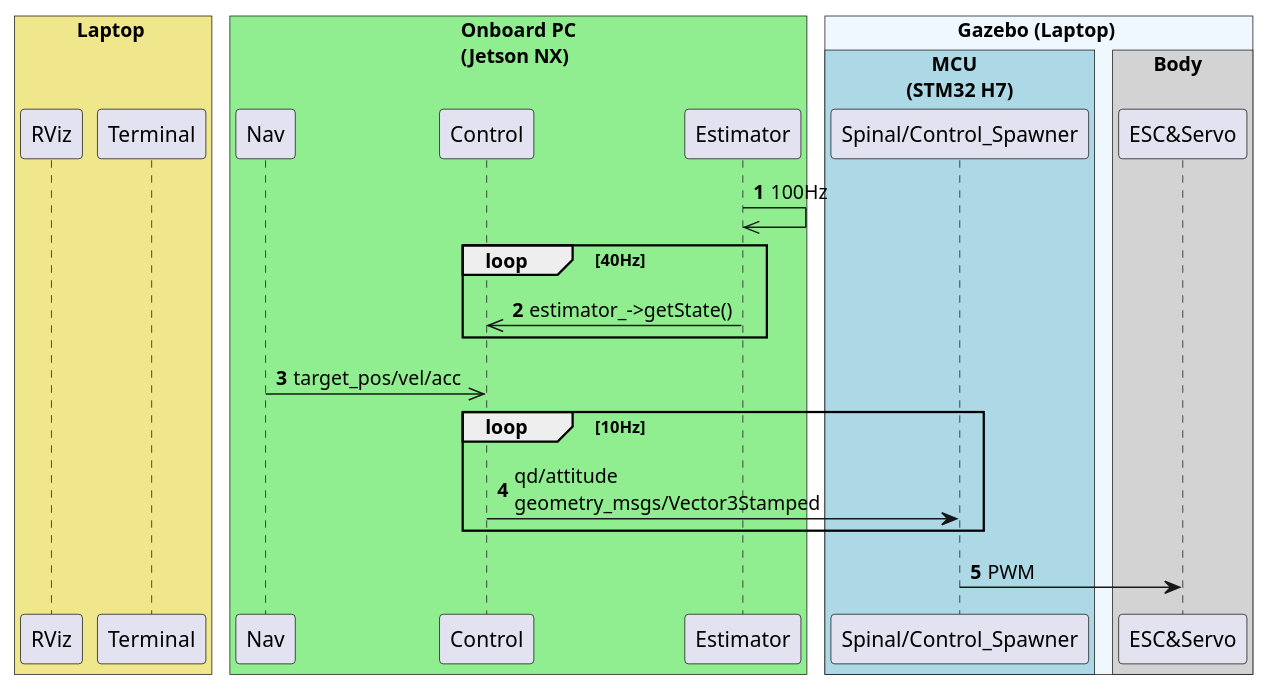
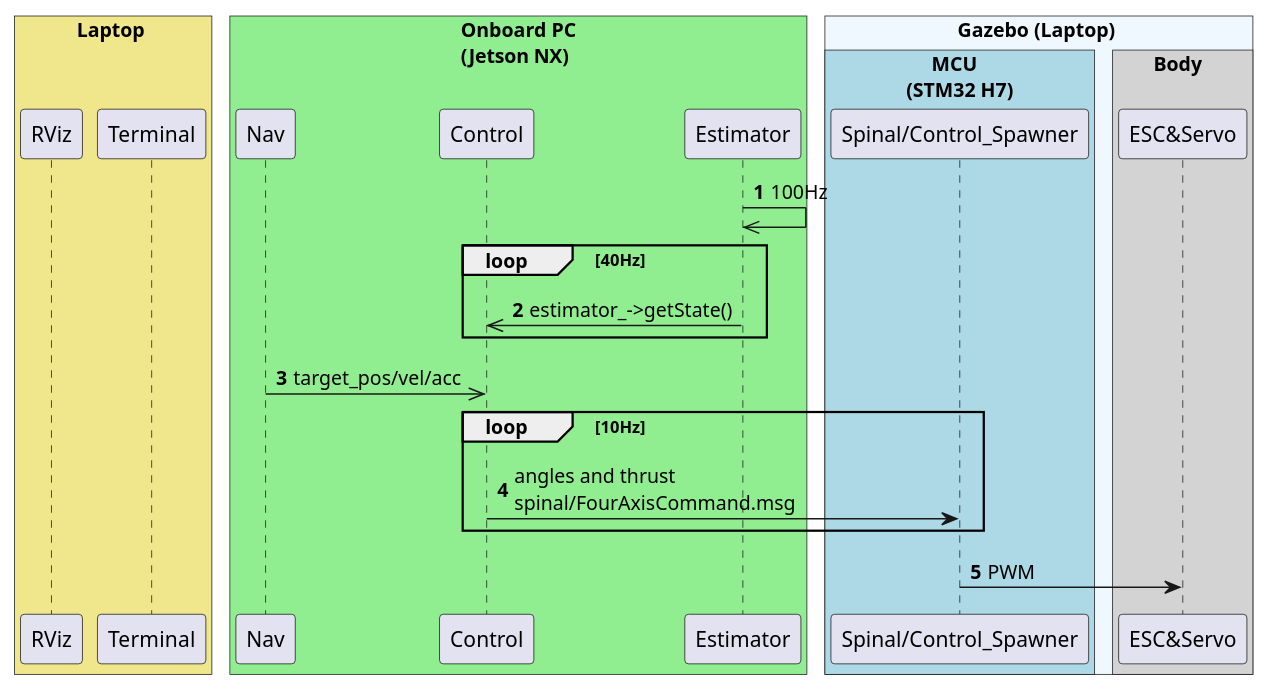
The diagram in docs/UMLs/workflow.puml (jsk-ros-pkg/jsk_aerial_robot), drawn with PlantUML before and after one commit. The commit also changed 1 other file, not shown here.

```diff
--- a/docs/UMLs/workflow.puml
+++ b/docs/UMLs/workflow.puml
@@ -1,48 +1,48 @@
 @startuml
 'https://plantuml.com/sequence-diagram
 
 ' Legend
 ' ->> means inner communication via variables
 '-> means outer communication via ROS topics
 
 'for nested boxes
 !pragma teoz true
 
 autonumber
 
 box Laptop #Khaki
 participant RViz
 participant Terminal
 end box
 
 box "Onboard PC\n(Jetson NX)" #LightGreen
 participant "Nav" as Nav
 participant "Control" as Ctl
 participant "Estimator" as Est
 end box
 
 box Gazebo (Laptop) #Aliceblue
 
     box "     MCU\n(STM32 H7)" #LightBlue
     participant "Spinal/Control_Spawner" as Spinal
     end box
 
     box Body  #LightGray
     participant "ESC&Servo" as ESC
     end box
 
 end box
 
 Est ->> Est: 100Hz
 
 loop 40Hz
     Est ->> Ctl: estimator_->getState()
 end loop
 
 Nav ->> Ctl: target_pos/vel/acc
 loop 10Hz
-    Ctl -> Spinal: qd/attitude\ngeometry_msgs/Vector3Stamped
+    Ctl -> Spinal: angles and thrust\nspinal/FourAxisCommand.msg
 end loop
 Spinal -> ESC: PWM
 
 @enduml
```
